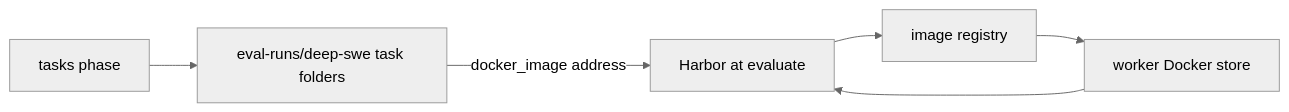
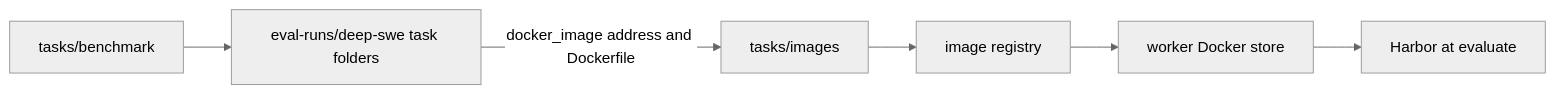
The fourth of 4 diagrams in docs/pipeline.md (MichaelLing83/mac-k3d), drawn with Mermaid (neutral theme) before and after one commit. The commit also changed other lines of this file and 36 other files, not shown here.

````diff
--- a/docs/pipeline.md
+++ b/docs/pipeline.md
@@ -131,13 +131,14 @@
 ```mermaid
 flowchart LR
-  tasksPhase["tasks phase"]
+  tasksPhase["tasks/benchmark"]
   clone["eval-runs/deep-swe task folders"]
-  harbor["Harbor at evaluate"]
+  images["tasks/images"]
   registry["image registry"]
   store["worker Docker store"]
+  harbor["Harbor at evaluate"]
   tasksPhase --> clone
-  clone -->|"docker_image address"| harbor
-  harbor --> registry
+  clone -->|"docker_image address and Dockerfile"| images
+  images --> registry
   registry --> store
   store --> harbor
 ```
````
